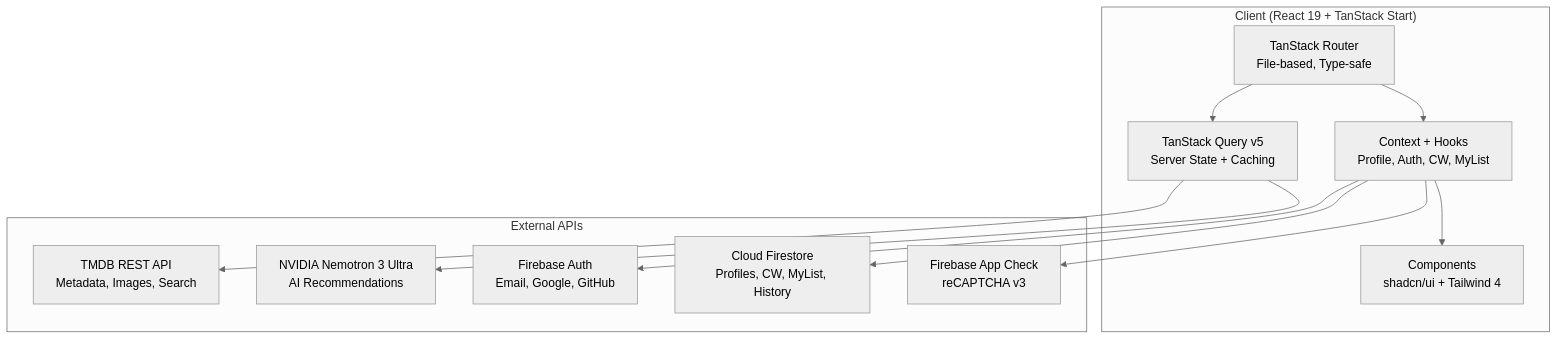
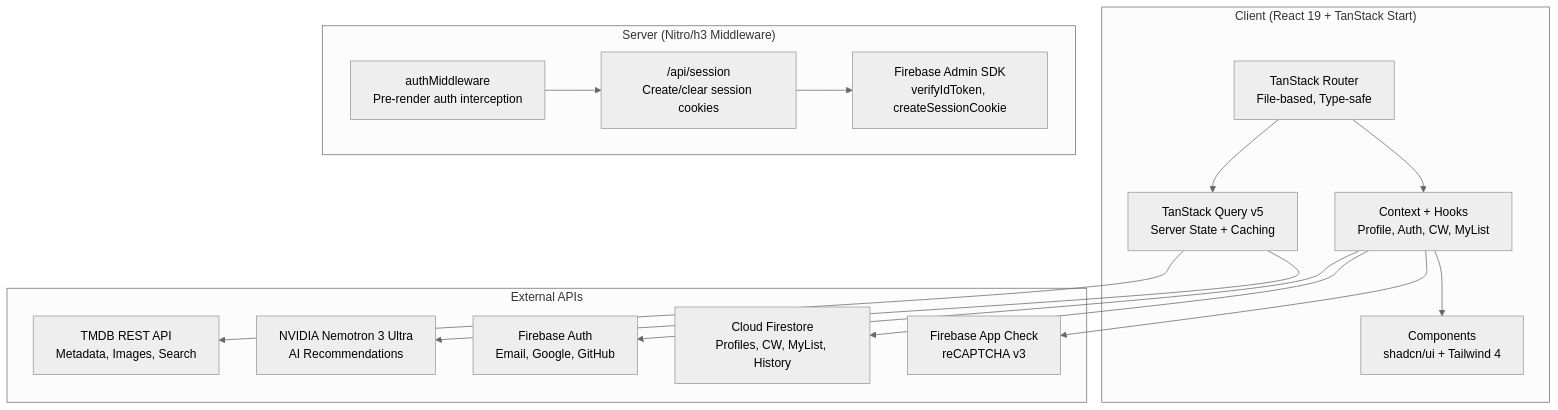
The diagram in README.md (Wayne-Inc/StreamFlix), drawn with Mermaid (neutral theme) before and after one commit. The commit also changed other lines of this file and 22 other files, not shown here.

First line of the commit message:
Add Firebase server-side session authentication

````diff
--- a/README.md
+++ b/README.md
@@ -101,26 +103,34 @@
 ```mermaid
 graph TB
     subgraph Client["Client (React 19 + TanStack Start)"]
         Router["TanStack Router\nFile-based, Type-safe"]
         Query["TanStack Query v5\nServer State + Caching"]
         UI["Components\nshadcn/ui + Tailwind 4"]
         State["Context + Hooks\nProfile, Auth, CW, MyList"]
+    end
+
+    subgraph Server["Server (Nitro/h3 Middleware)"]
+        AuthMiddleware["authMiddleware\nPre-render auth interception"]
+        SessionAPI["/api/session\nCreate/clear session cookies"]
+        FirebaseAdmin["Firebase Admin SDK\nverifyIdToken, createSessionCookie"]
     end
 
     subgraph APIs["External APIs"]
         TMDB["TMDB REST API\nMetadata, Images, Search"]
         NVIDIA["NVIDIA Nemotron 3 Ultra\nAI Recommendations"]
         FirebaseAuth["Firebase Auth\nEmail, Google, GitHub"]
         Firestore["Cloud Firestore\nProfiles, CW, MyList, History"]
         AppCheck["Firebase App Check\nreCAPTCHA v3"]
     end
 
     Router --> Query
     Router --> State
     State --> UI
     Query --> TMDB
     Query --> NVIDIA
     State --> FirebaseAuth
     State --> Firestore
     State --> AppCheck
+    AuthMiddleware --> SessionAPI
+    SessionAPI --> FirebaseAdmin
 ```
````
